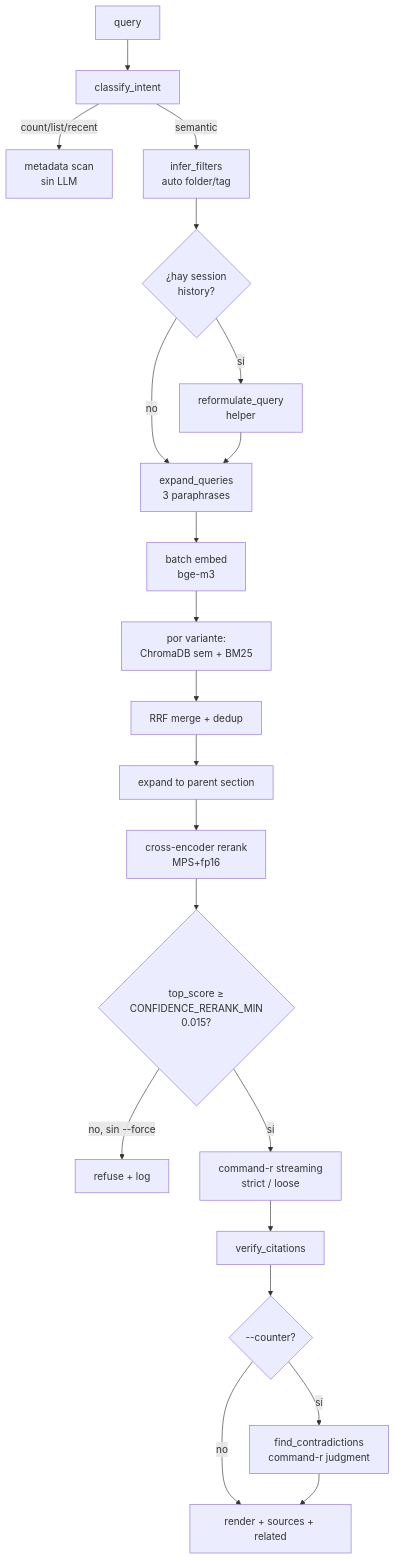
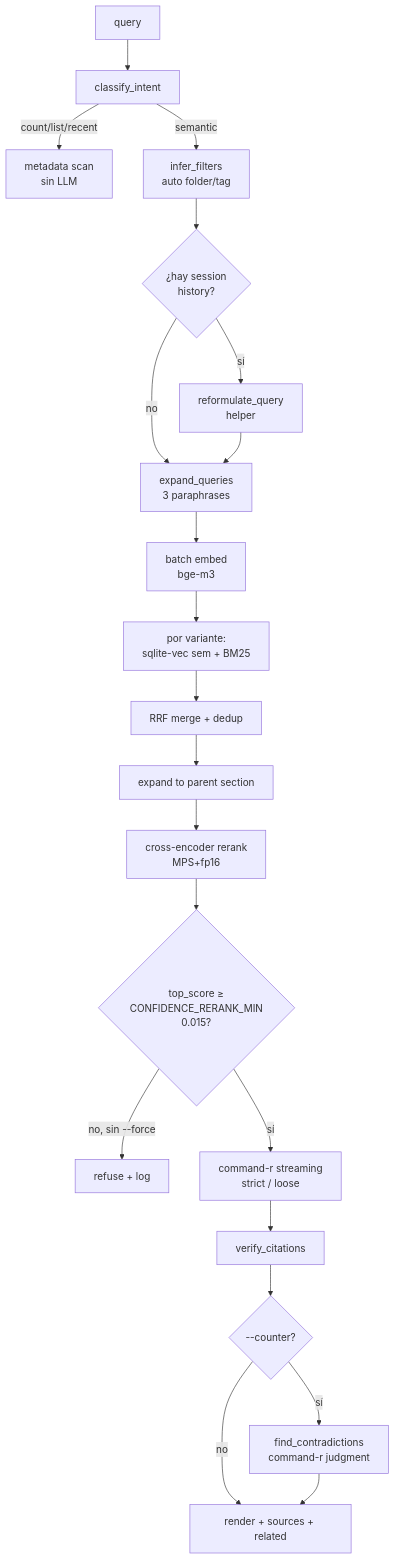
The second of 5 diagrams in README.md (jagoff/rag-obsidian), drawn with Mermaid before and after one commit. The commit also changed other lines of this file and 53 other files, not shown here.

````diff
--- a/README.md
+++ b/README.md
@@ -174,23 +174,23 @@
 ```mermaid
 flowchart TD
     Q[query] --> Intent[classify_intent]
     Intent -->|count/list/recent| MetaScan[metadata scan<br/>sin LLM]
     Intent -->|semantic| Filters[infer_filters<br/>auto folder/tag]
     Filters --> History{¿hay session<br/>history?}
     History -->|sí| Reform[reformulate_query<br/>helper]
     History -->|no| Expand
     Reform --> Expand[expand_queries<br/>3 paraphrases]
     Expand --> Embed[batch embed<br/>bge-m3]
-    Embed --> Per["por variante:<br/>ChromaDB sem + BM25"]
+    Embed --> Per["por variante:<br/>sqlite-vec sem + BM25"]
     Per --> RRF[RRF merge + dedup]
     RRF --> Parent[expand to parent section]
     Parent --> Rerank[cross-encoder rerank<br/>MPS+fp16]
     Rerank --> Gate{top_score ≥<br/>CONFIDENCE_RERANK_MIN<br/>0.015?}
     Gate -->|no, sin --force| Refuse[refuse + log]
     Gate -->|sí| LLM[command-r streaming<br/>strict / loose]
     LLM --> Verify[verify_citations]
     Verify --> Counter{--counter?}
     Counter -->|sí| FindContrad[find_contradictions<br/>command-r judgment]
     Counter -->|no| Render[render + sources + related]
     FindContrad --> Render
 ```
````
